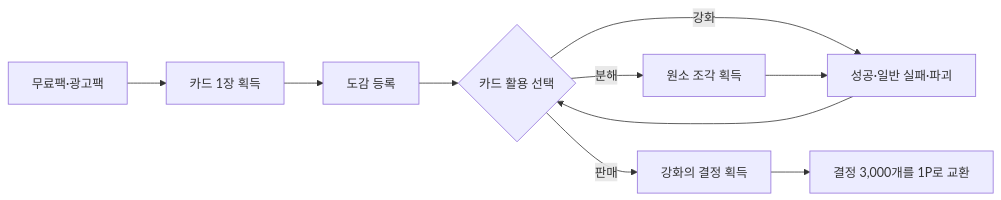
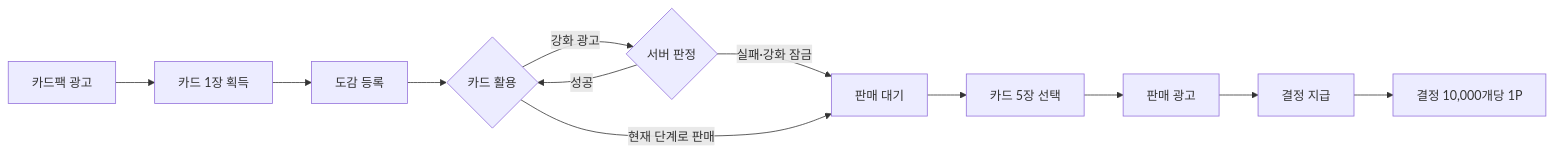
Before and after one commit to bluehawhy/card-forge: the diagram in public/docs/GAME_DESIGN.md, drawn with Mermaid. The commit also changed other lines of this file and 1 other file, not shown here.

````diff
--- a/public/docs/GAME_DESIGN.md
+++ b/public/docs/GAME_DESIGN.md
@@ -19,12 +20,14 @@
 ```mermaid
 flowchart LR
-    A[무료팩·광고팩] --> B[카드 1장 획득]
+    A[카드팩 광고] --> B[카드 1장 획득]
     B --> C[도감 등록]
-    C --> D{카드 활용 선택}
-    D -->|강화| E[성공·일반 실패·파괴]
-    E --> D
-    D -->|판매| F[강화의 결정 획득]
-    D -->|분해| G[원소 조각 획득]
-    F --> H[결정 3,000개를 1P로 교환]
-    G --> E
+    C --> D{카드 활용}
+    D -->|강화 광고| E{서버 판정}
+    E -->|성공| D
+    E -->|실패·강화 잠금| F[판매 대기]
+    D -->|현재 단계로 판매| F
+    F --> G[카드 5장 선택]
+    G --> H[판매 광고]
+    H --> I[결정 지급]
+    I --> J[결정 10,000개당 1P]
 ```
````
